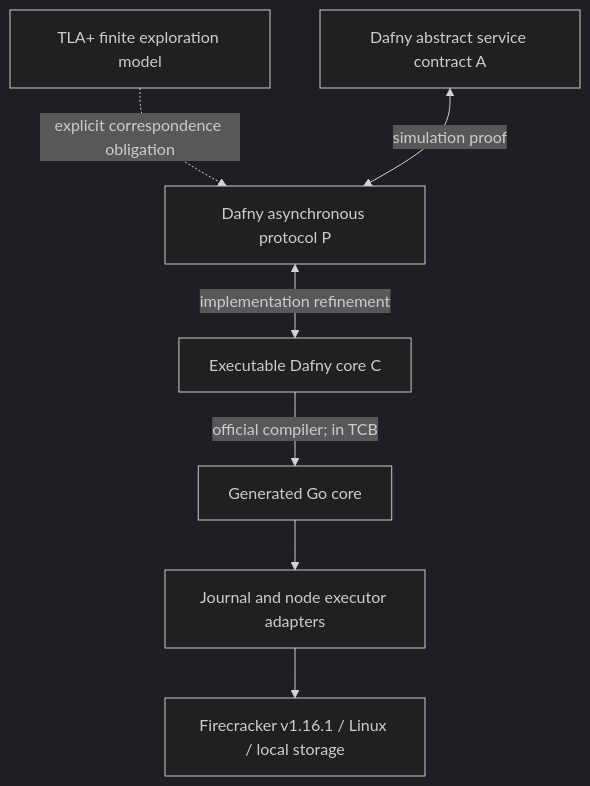
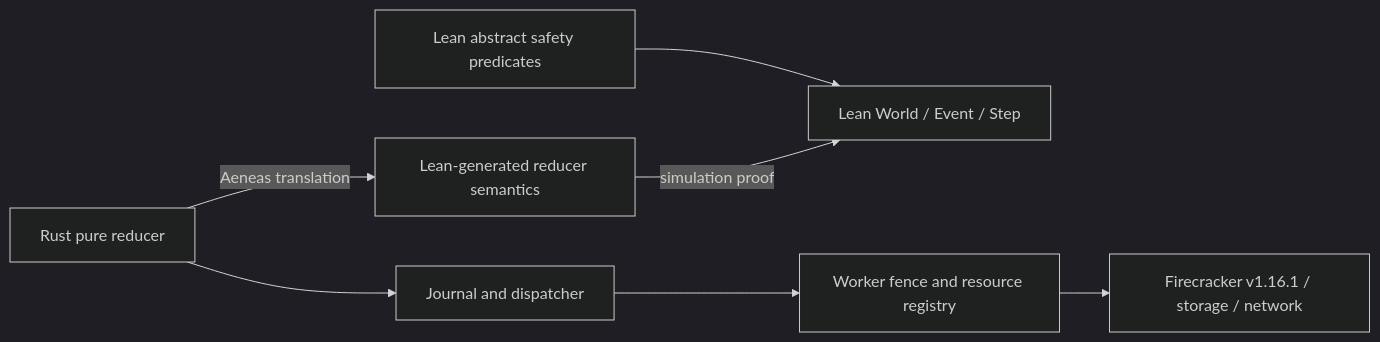
The diagram in docs/refinement-plan.md (VeriInfra-Lab/sandproof), drawn with Mermaid (dark theme) before and after one commit. The commit also changed other lines of this file and 19 other files, not shown here.

Commit message:
Replace finite sketch with Lean lifecycle model

````diff
--- a/docs/refinement-plan.md
+++ b/docs/refinement-plan.md
@@ -9,9 +9,9 @@
 ```mermaid
-flowchart TD
-    TLA[TLA+ finite exploration model] -. explicit correspondence obligation .-> P
-    A[Dafny abstract service contract A] <-- simulation proof --> P[Dafny asynchronous protocol P]
-    P <-- implementation refinement --> C[Executable Dafny core C]
-    C -->|official compiler; in TCB| GO[Generated Go core]
-    GO --> AD[Journal and node executor adapters]
-    AD --> FC[Firecracker v1.16.1 / Linux / local storage]
+flowchart LR
+    A[Lean abstract safety predicates] --> P[Lean World / Event / Step]
+    R[Rust pure reducer] -->|Aeneas translation| L[Lean-generated reducer semantics]
+    L -->|simulation proof| P
+    R --> J[Journal and dispatcher]
+    J --> W[Worker fence and resource registry]
+    W --> F[Firecracker v1.16.1 / storage / network]
 ```
````
